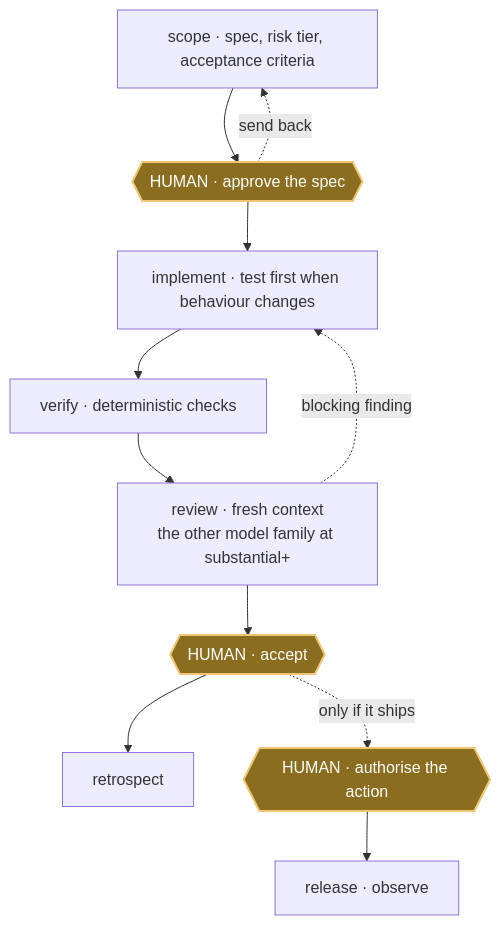
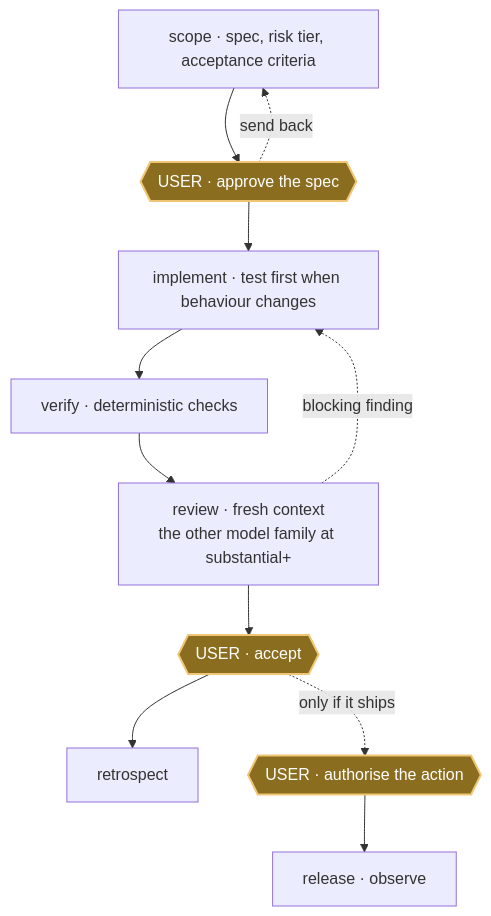
One commit to mblauberg/agent-harness changed the diagram in README.md. Above: the diagram before and after it, drawn with Mermaid. The commit also changed other lines of this file and 74 other files, not shown here.

````diff
--- a/README.md
+++ b/README.md
@@ -103,18 +103,18 @@
 ```mermaid
 flowchart TB
-    accTitle: The delivery loop and its three human gates
-    accDescr: After a session sets up clean context, the deliver kernel runs the loop top to bottom: scope writes the specification and risk tier, a human gate approves it, implement writes the test first whenever observable behaviour changes, verify runs deterministic checks, and review reads the work in a fresh context that never wrote it, and from the substantial tier up must include the other model family. Two dotted edges return: the approval gate sends the plan back to scope, and a blocking review finding sends the work back to implement for a bounded repair. A human gate then accepts, leading to retrospect and the next cycle. Release and observe sit outside the loop, behind a third human gate that authorises the external action.
-    SC["scope · spec, risk tier, acceptance criteria"] --> G1{{"HUMAN · approve the spec"}}
+    accTitle: The delivery loop and its three user gates
+    accDescr: After a session sets up clean context, the deliver kernel runs the loop top to bottom: scope writes the specification and risk tier, a user gate approves it, implement writes the test first whenever observable behaviour changes, verify runs deterministic checks, and review reads the work in a fresh context that never wrote it, and from the substantial tier up must include the other model family. Two dotted edges return: the approval gate sends the plan back to scope, and a blocking review finding sends the work back to implement for a bounded repair. A user gate then accepts, leading to retrospect and the next cycle. Release and observe sit outside the loop, behind a third user gate that authorises the external action.
+    SC["scope · spec, risk tier, acceptance criteria"] --> G1{{"USER · approve the spec"}}
     G1 -. "send back" .-> SC
     G1 --> IM["implement · test first when behaviour changes"]
     IM --> VF["verify · deterministic checks"]
     VF --> RV["review · fresh context<br/>the other model family at substantial+"]
     RV -. "blocking finding" .-> IM
-    RV --> G2{{"HUMAN · accept"}}
+    RV --> G2{{"USER · accept"}}
     G2 --> RT["retrospect"]
-    G2 -. "only if it ships" .-> G3{{"HUMAN · authorise the action"}}
+    G2 -. "only if it ships" .-> G3{{"USER · authorise the action"}}
     G3 --> RL["release · observe"]
 
     classDef gate fill:#8a6d1f,stroke:#f0c674,color:#ffffff,stroke-width:2px
     class G1,G2,G3 gate
 ```
````
